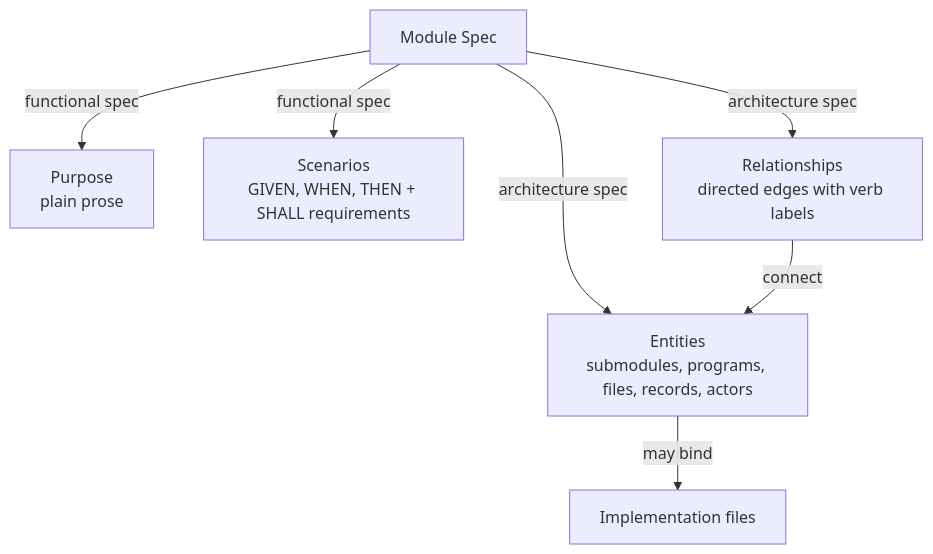
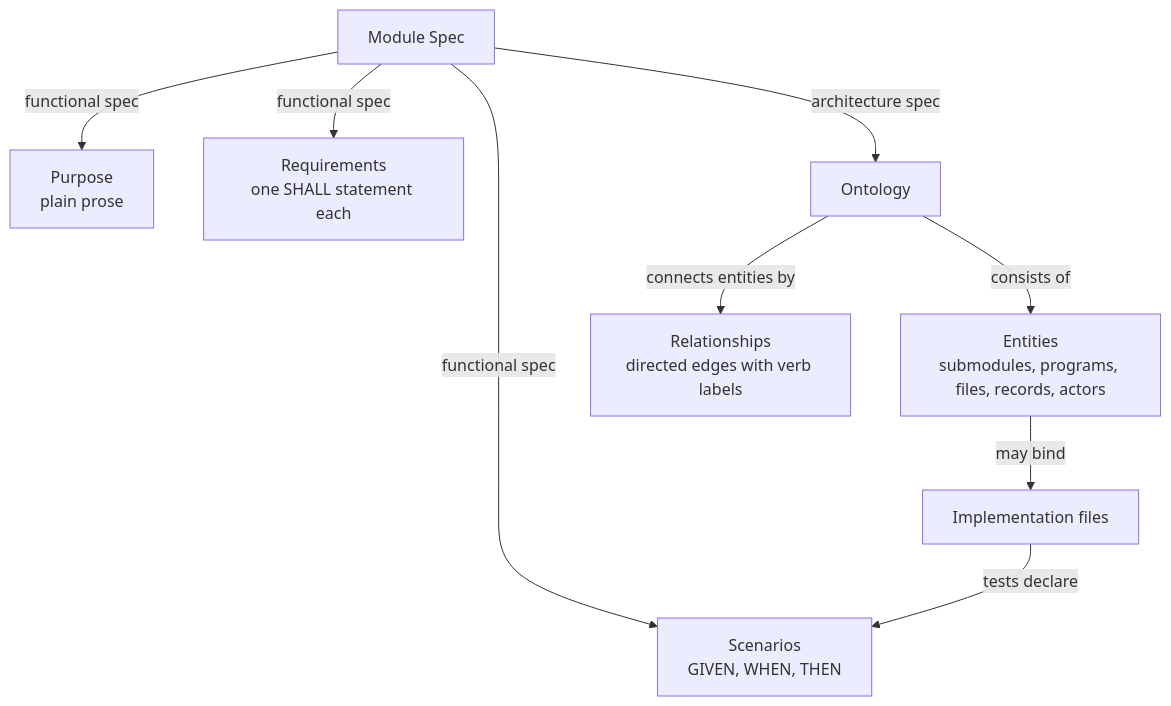
One commit to FTOD/concorde changed the first of 2 diagrams in protocol/module.md. Above: the diagram before and after it, drawn with Mermaid. The commit also changed other lines of this file and 79 other files, not shown here.

First line of the commit message:
feat(protocol)!: Spec Protocol 4.0.0 with Ontology, Module-level requirements, ID anchors and test-declared scenarios

````diff
--- a/protocol/module.md
+++ b/protocol/module.md
@@ -8,17 +8,21 @@
 ```mermaid
 flowchart TB
     accTitle: Information inside a Module Spec
-    accDescr: A Module Spec has a functional half and an architecture half. The functional half states the purpose and the scenarios with their requirements. The architecture half states the entities and the labeled relationships between them. Entities may bind implementation files.
+    accDescr: A Module Spec has a functional half and an architecture half. The functional half states the purpose, the Module-level requirements and the scenarios. The architecture half is the Ontology: the entities and the labeled relationships between them. Entities may bind implementation files, and tests among those files declare the scenarios they verify.
     module["Module Spec"]
     purpose["Purpose<br/>plain prose"]
-    scenarios["Scenarios<br/>GIVEN, WHEN, THEN + SHALL requirements"]
+    requirements["Requirements<br/>one SHALL statement each"]
+    scenarios["Scenarios<br/>GIVEN, WHEN, THEN"]
+    ontology["Ontology"]
     entities["Entities<br/>submodules, programs, files, records, actors"]
     relationships["Relationships<br/>directed edges with verb labels"]
     files["Implementation files"]
     module -->|functional spec| purpose
+    module -->|functional spec| requirements
     module -->|functional spec| scenarios
-    module -->|architecture spec| entities
-    module -->|architecture spec| relationships
-    relationships -->|connect| entities
+    module -->|architecture spec| ontology
+    ontology -->|consists of| entities
+    ontology -->|connects entities by| relationships
     entities -->|may bind| files
+    files -->|tests declare| scenarios
 ```
````
